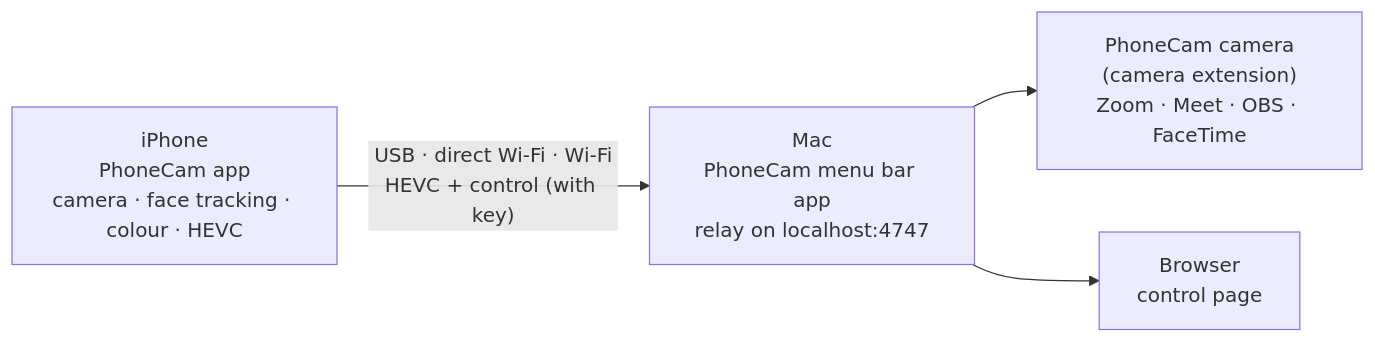
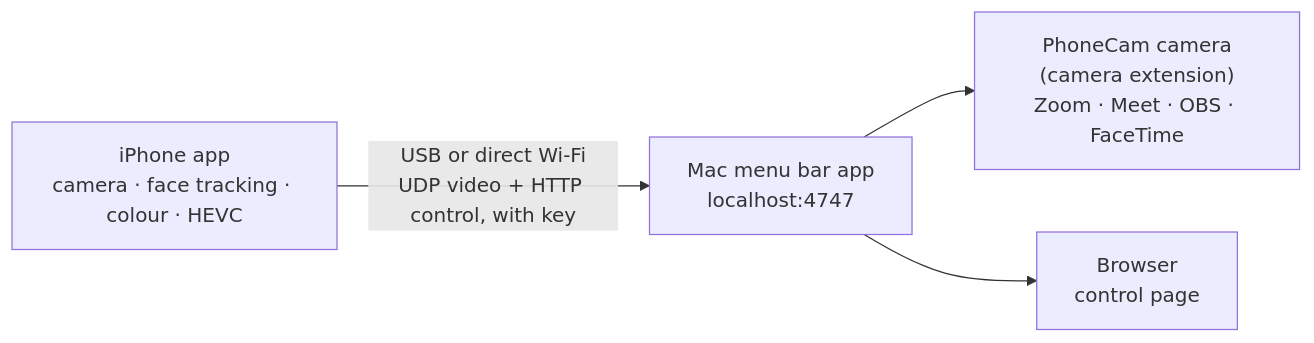
The diagram in README.md (hypnagonia/phonecam), drawn with Mermaid before and after one commit. The commit also changed other lines of this file, not shown here.

````diff
--- a/README.md
+++ b/README.md
@@ -18,6 +94,6 @@
 ```mermaid
 flowchart LR
-    A["iPhone<br/>PhoneCam app<br/>camera · face tracking · colour · HEVC"] -- "USB · direct Wi‑Fi · Wi‑Fi<br/>HEVC + control (with key)" --> B["Mac<br/>PhoneCam menu bar app<br/>relay on localhost:4747"]
+    A["iPhone app<br/>camera · face tracking · colour · HEVC"] -- "USB or direct Wi‑Fi<br/>UDP video + HTTP control, with key" --> B["Mac menu bar app<br/>localhost:4747"]
     B --> E["PhoneCam camera<br/>(camera extension)<br/>Zoom · Meet · OBS · FaceTime"]
     B --> C["Browser<br/>control page"]
 ```
````
